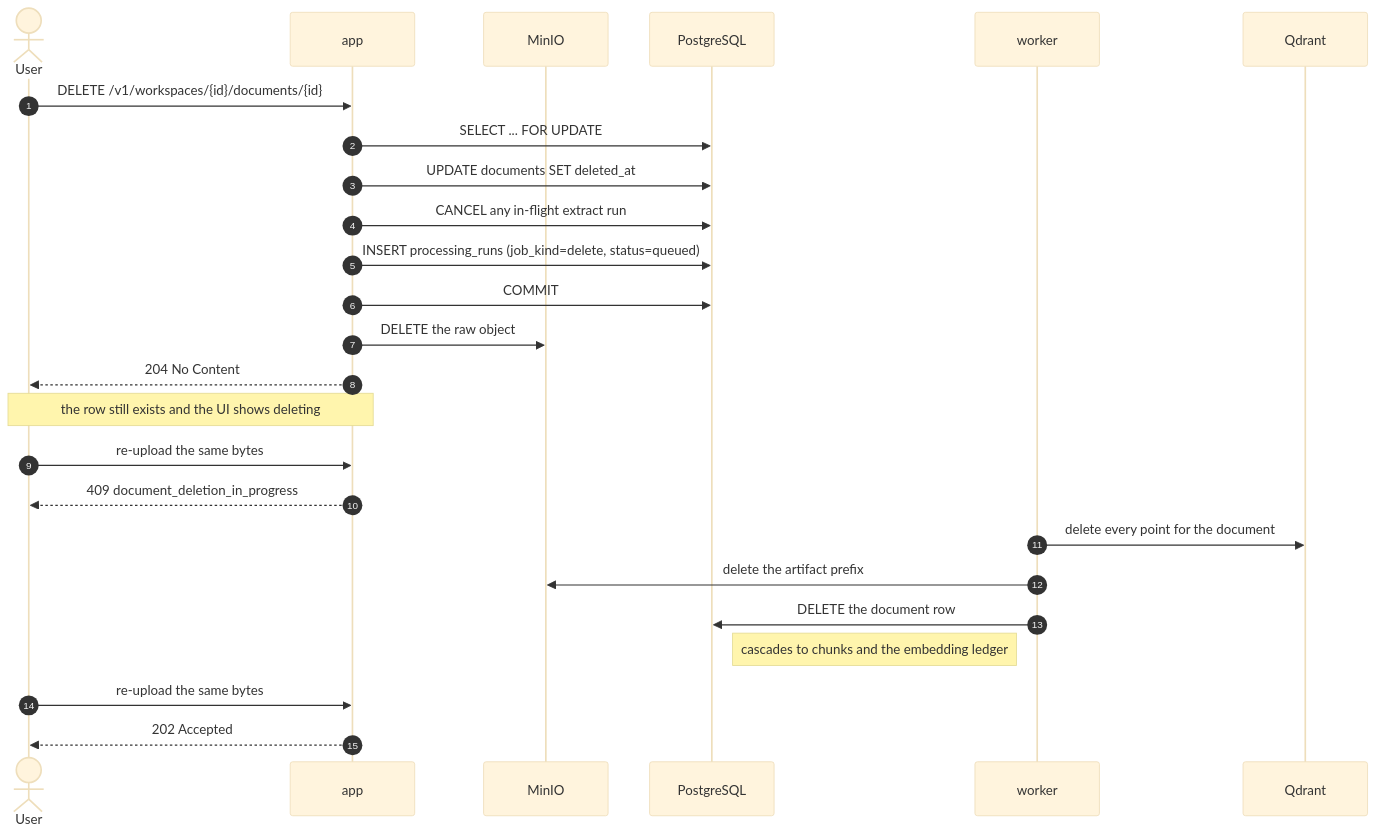
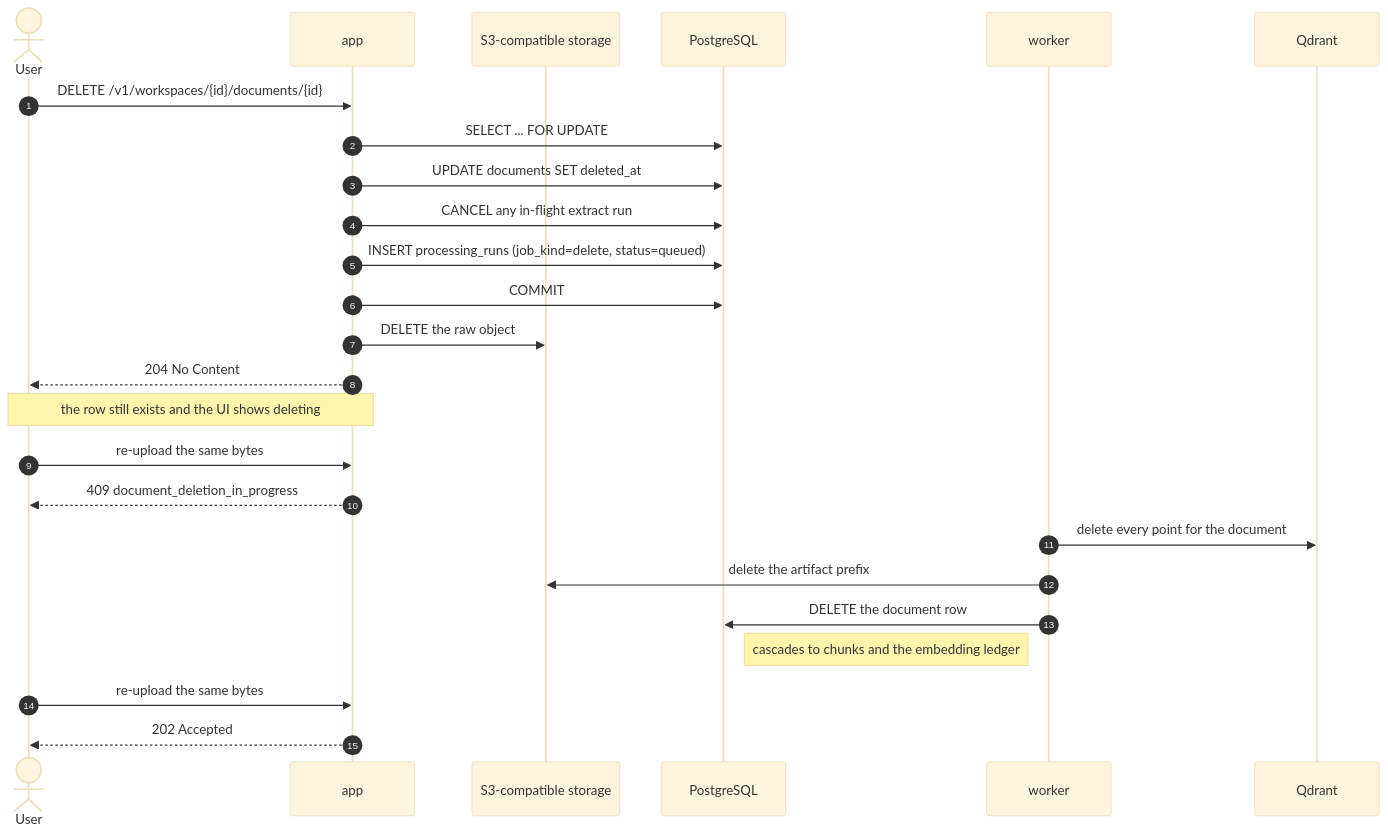
One commit to unedtamps/retriv changed the seventh of 9 diagrams in README.md. Above: the diagram before and after it, drawn with Mermaid (base theme). The commit also changed other lines of this file and 10 other files, not shown here.

````diff
--- a/README.md
+++ b/README.md
@@ -625,32 +652,32 @@
 ```mermaid
 sequenceDiagram
     autonumber
     actor U as User
     participant A as app
-    participant M as MinIO
+    participant M as S3-compatible storage
     participant DB as PostgreSQL
     participant K as worker
     participant Q as Qdrant
 
     U->>A: DELETE /v1/workspaces/{id}/documents/{id}
     A->>DB: SELECT ... FOR UPDATE
     A->>DB: UPDATE documents SET deleted_at
     A->>DB: CANCEL any in-flight extract run
     A->>DB: INSERT processing_runs (job_kind=delete, status=queued)
     A->>DB: COMMIT
     A->>M: DELETE the raw object
     A-->>U: 204 No Content
 
     Note over U,A: the row still exists and the UI shows deleting
 
     U->>A: re-upload the same bytes
     A-->>U: 409 document_deletion_in_progress
 
     K->>Q: delete every point for the document
     K->>M: delete the artifact prefix
     K->>DB: DELETE the document row
     Note right of DB: cascades to chunks and the embedding ledger
 
     U->>A: re-upload the same bytes
     A-->>U: 202 Accepted
 ```
````
